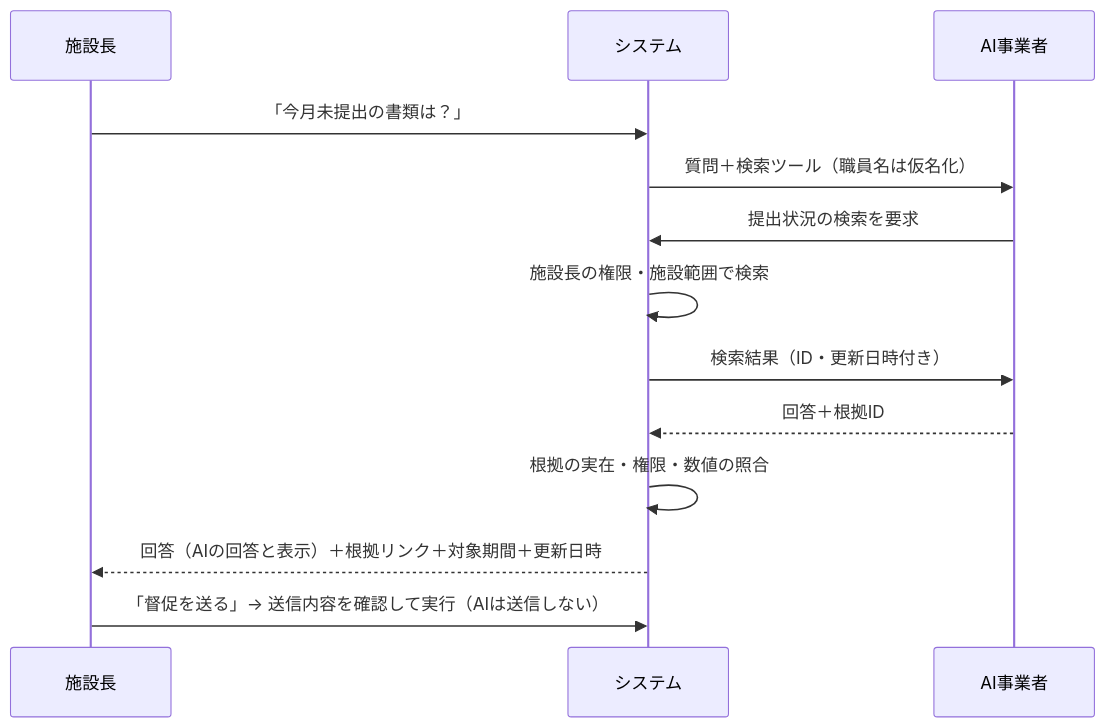
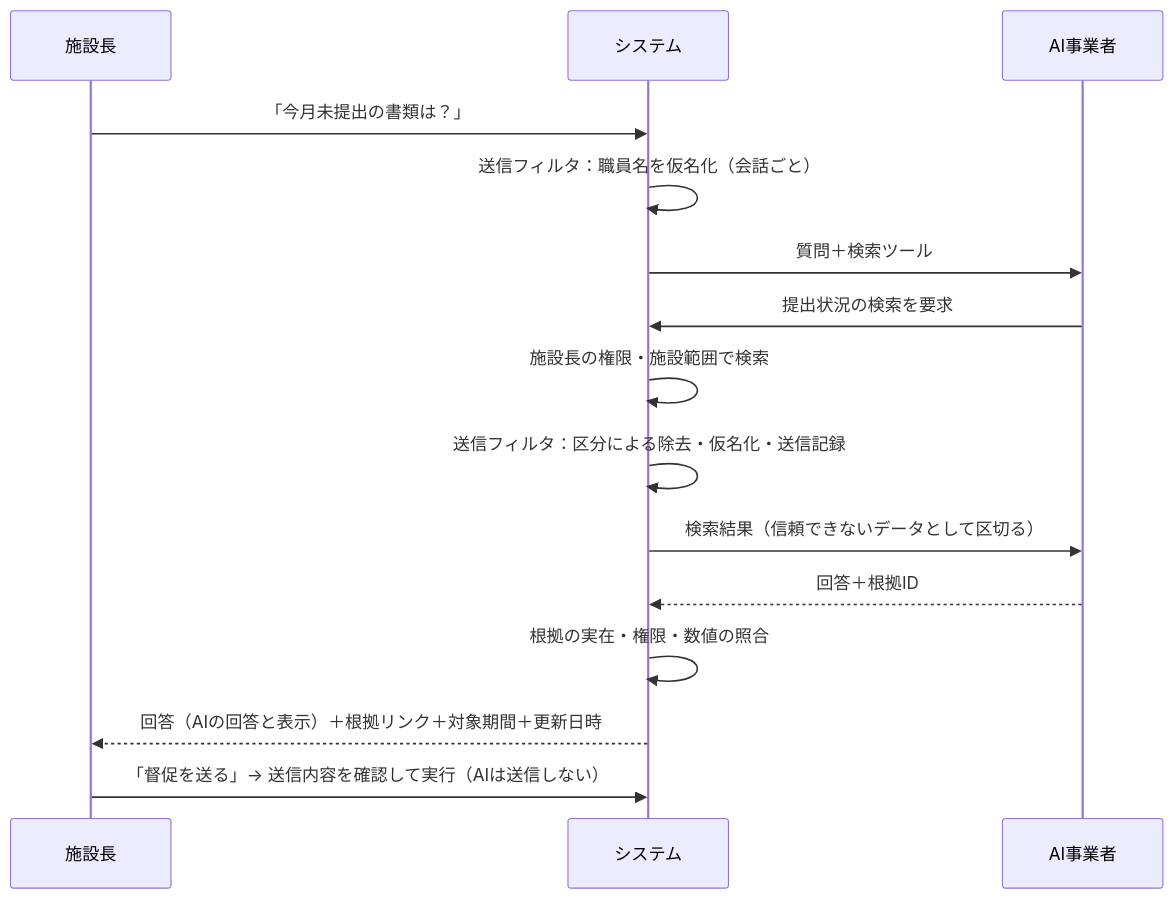
Before and after one commit to mao726/company: diagram 11 of 11 in ai-facility-partner/docs/product/user-flows.md, drawn with Mermaid. The commit also changed other lines of this file and 22 other files, not shown here.

````diff
--- a/ai-facility-partner/docs/product/user-flows.md
+++ b/ai-facility-partner/docs/product/user-flows.md
@@ -151,15 +171,17 @@
 ```mermaid
 sequenceDiagram
   participant U as 施設長
   participant S as システム
   participant AI as AI事業者
   U->>S: 「今月未提出の書類は？」
-  S->>AI: 質問＋検索ツール（職員名は仮名化）
+  S->>S: 送信フィルタ：職員名を仮名化（会話ごと）
+  S->>AI: 質問＋検索ツール
   AI->>S: 提出状況の検索を要求
   S->>S: 施設長の権限・施設範囲で検索
-  S->>AI: 検索結果（ID・更新日時付き）
+  S->>S: 送信フィルタ：区分による除去・仮名化・送信記録
+  S->>AI: 検索結果（信頼できないデータとして区切る）
   AI-->>S: 回答＋根拠ID
   S->>S: 根拠の実在・権限・数値の照合
   S-->>U: 回答（AIの回答と表示）＋根拠リンク＋対象期間＋更新日時
   U->>S: 「督促を送る」→ 送信内容を確認して実行（AIは送信しない）
 ```
````
